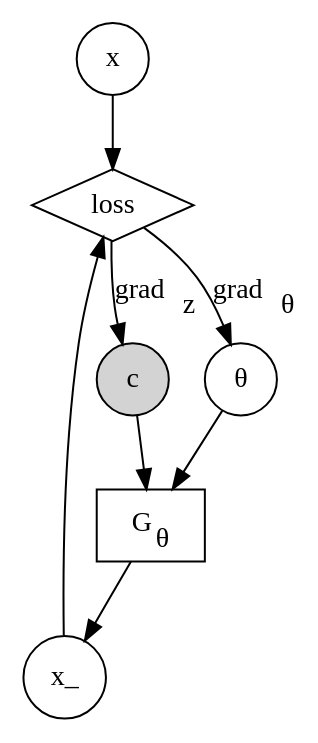
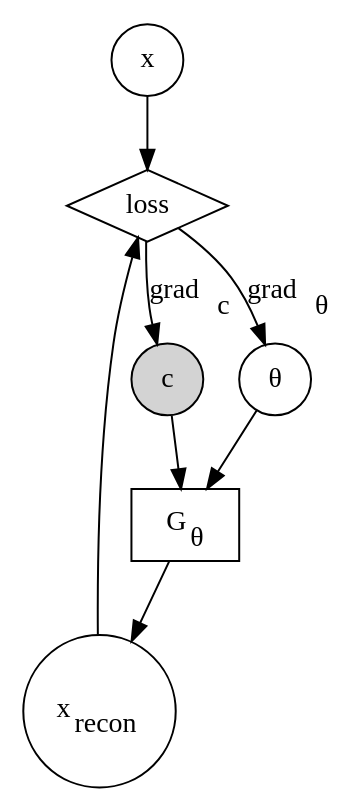
One commit to dohmatob/thesis changed the diagram in figures/gen_model.dot. Above: the diagram before and after it, drawn with Graphviz. The commit also changed 4 other files, not shown here.

```diff
--- a/figures/gen_model.dot
+++ b/figures/gen_model.dot
@@ -1,20 +1,21 @@
 digraph {
 // rankdir = LR; //order things from left to right
 
 // y [shape=circle]
 x [shape=circle];
-x_ [shape=circle];
+x_ [shape=circle, label=<x<SUB>recon</SUB>>];
 z [shape=circle, style=filled, label="c"];
 theta [shape=circle, label="&theta;"];
 G [shape=rectangle, label=<G<SUB>&theta;</SUB>>];
 // F [shape=rectangle, label=<F<SUB>&phi;</SUB>>];
 loss [shape=diamond, label=loss];
 
 z -> G -> x_;
 x_ -> loss;
 x -> loss;
 theta -> G;
 loss -> theta [label=<grad<SUB>&theta;</SUB>>];
-loss -> z [label=<grad<SUB>z</SUB>>];
-// z -> F -> y;
+loss -> z [label=<grad<SUB>c</SUB>>];
+
+{rank=x; theta z; G; x_; loss}
 }
```
